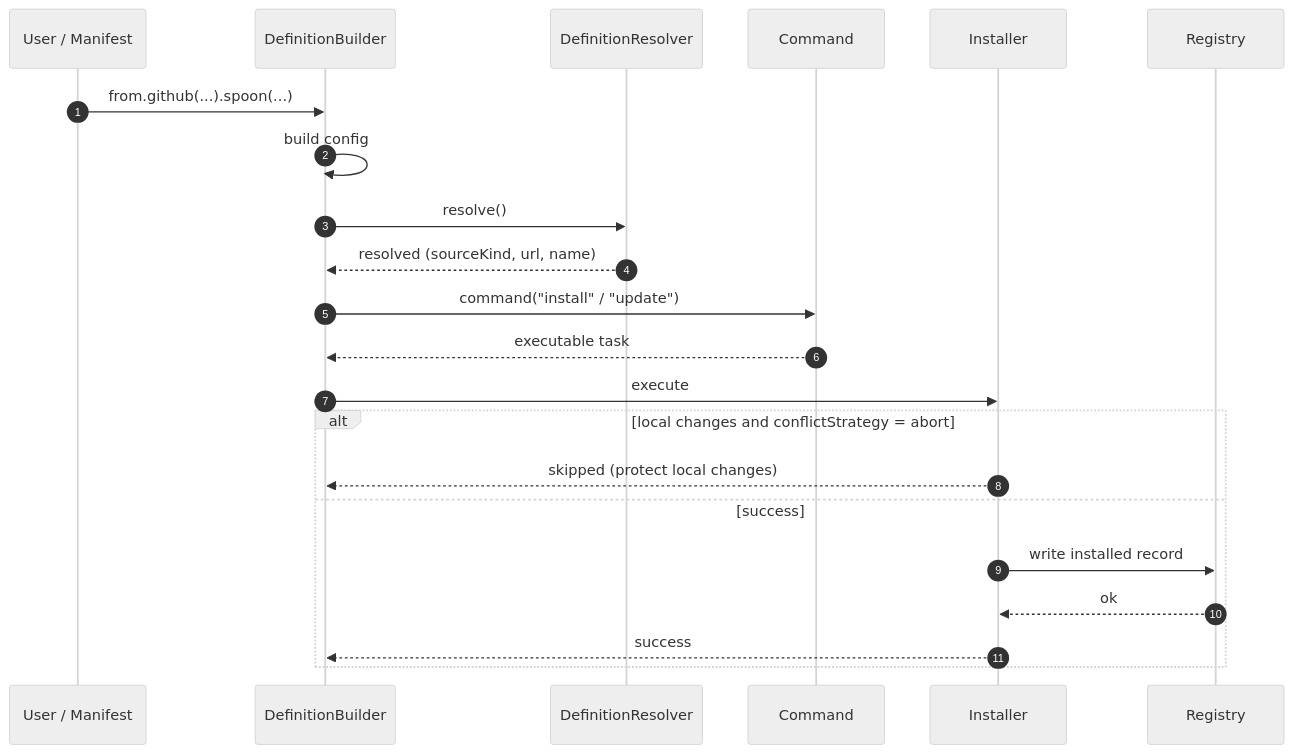
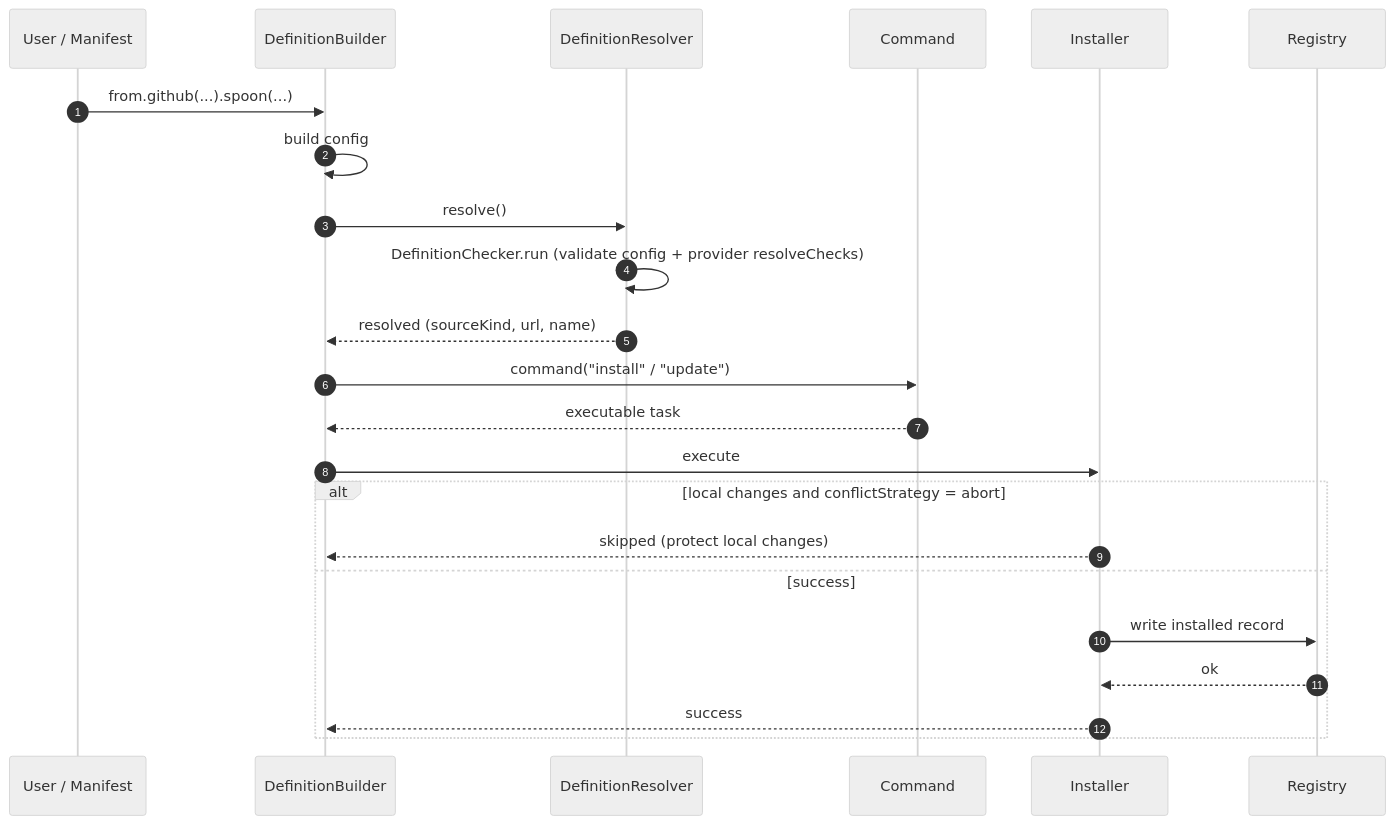
One commit to muescha/SpoonManager.spoon changed the fifth of 5 diagrams in docs/architecture/reference/pipeline.md. Above: the diagram before and after it, drawn with Mermaid (neutral theme). The commit also changed 1 other file, not shown here.

Commit message:
Add DefinitionChecker to docs and fix a stale error message
- README Project Structure: list lib/DefinitionChecker.lua with its role.
- README builder.spoon example: the resolve-time error now reads
  '.spoon('MySpoon') requires ...' after value interpolation, not
  'spoon selection requires ...'.
- pipeline.md sequence diagram: show DefinitionChecker.run during resolve().

````diff
--- a/docs/architecture/reference/pipeline.md
+++ b/docs/architecture/reference/pipeline.md
@@ -131,24 +131,25 @@
 ```mermaid
 sequenceDiagram
   autonumber
   participant U as User / Manifest
   participant B as DefinitionBuilder
   participant Rz as DefinitionResolver
   participant Cmd as Command
   participant Ins as Installer
   participant Reg as Registry
   U->>B: from.github(...).spoon(...)
   B->>B: build config
   B->>Rz: resolve()
+  Rz->>Rz: DefinitionChecker.run (validate config + provider resolveChecks)
   Rz-->>B: resolved (sourceKind, url, name)
   B->>Cmd: command("install" / "update")
   Cmd-->>B: executable task
   B->>Ins: execute
   alt local changes and conflictStrategy = abort
     Ins-->>B: skipped (protect local changes)
   else success
     Ins->>Reg: write installed record
     Reg-->>Ins: ok
     Ins-->>B: success
   end
 ```
````
